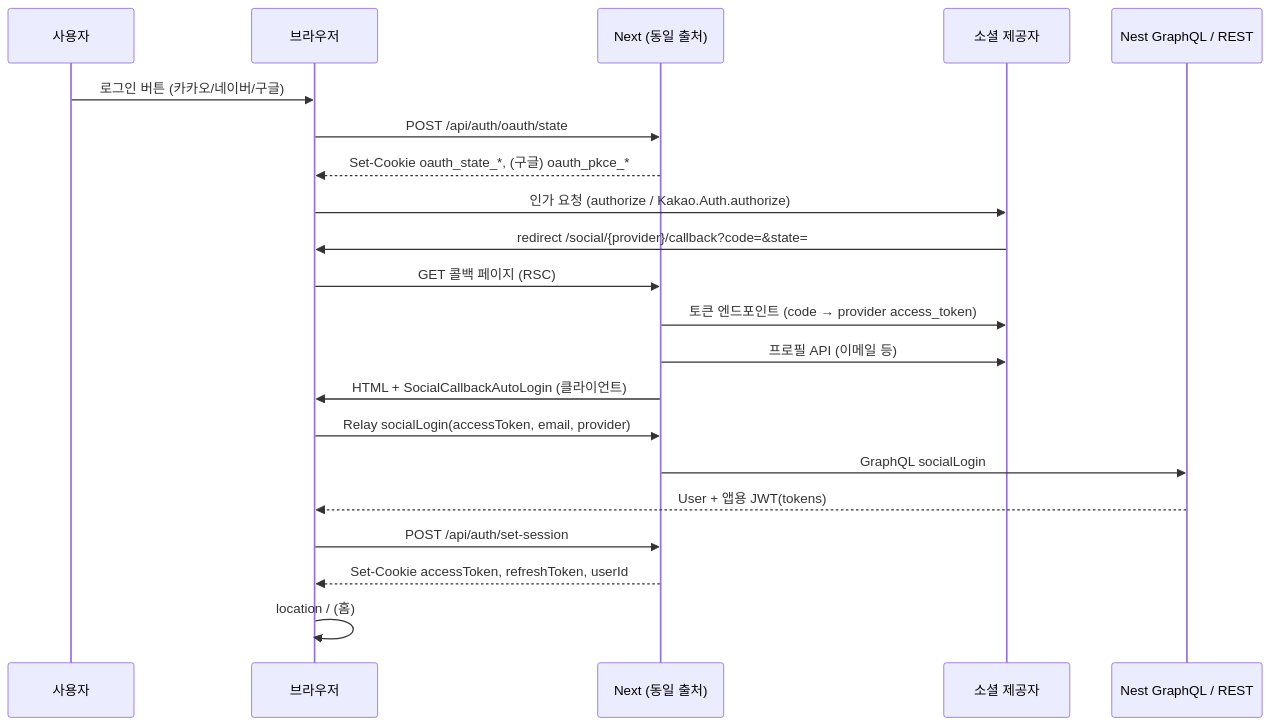
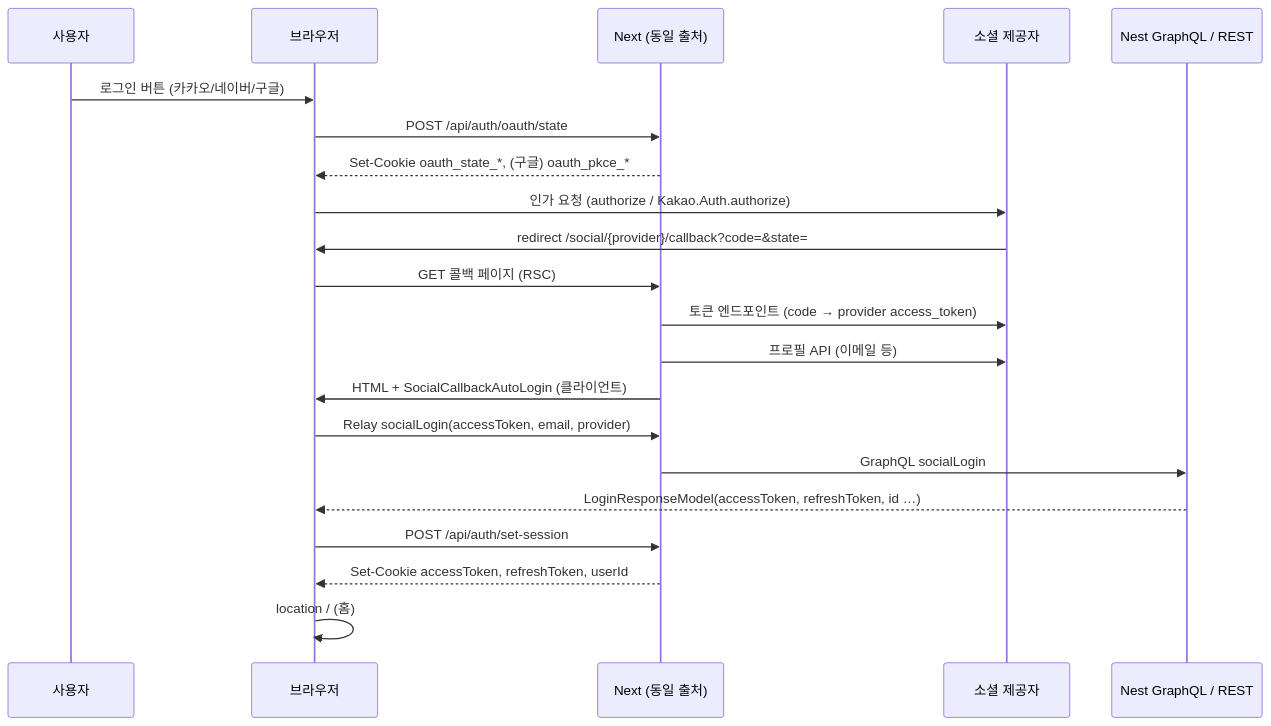
One commit to OVRL/overall-fe changed the first of 2 diagrams in apps/web/docs/auth-signup-login-oauth-flow.md. Above: the diagram before and after it, drawn with Mermaid. The commit also changed 6 other files, not shown here.

````diff
--- a/apps/web/docs/auth-signup-login-oauth-flow.md
+++ b/apps/web/docs/auth-signup-login-oauth-flow.md
@@ -65,24 +65,24 @@
 ```mermaid
 sequenceDiagram
   participant U as 사용자
   participant B as 브라우저
   participant N as Next (동일 출처)
   participant P as 소셜 제공자
   participant API as Nest GraphQL / REST
 
   U->>B: 로그인 버튼 (카카오/네이버/구글)
   B->>N: POST /api/auth/oauth/state
   N-->>B: Set-Cookie oauth_state_*, (구글) oauth_pkce_*
   B->>P: 인가 요청 (authorize / Kakao.Auth.authorize)
   P->>B: redirect /social/{provider}/callback?code=&state=
   B->>N: GET 콜백 페이지 (RSC)
   N->>P: 토큰 엔드포인트 (code → provider access_token)
   N->>P: 프로필 API (이메일 등)
   N->>B: HTML + SocialCallbackAutoLogin (클라이언트)
   B->>N: Relay socialLogin(accessToken, email, provider)
   N->>API: GraphQL socialLogin
-  API-->>B: User + 앱용 JWT(tokens)
+  API-->>B: LoginResponseModel(accessToken, refreshToken, id …)
   B->>N: POST /api/auth/set-session
   N-->>B: Set-Cookie accessToken, refreshToken, userId
   B->>B: location / (홈)
 ```
````
